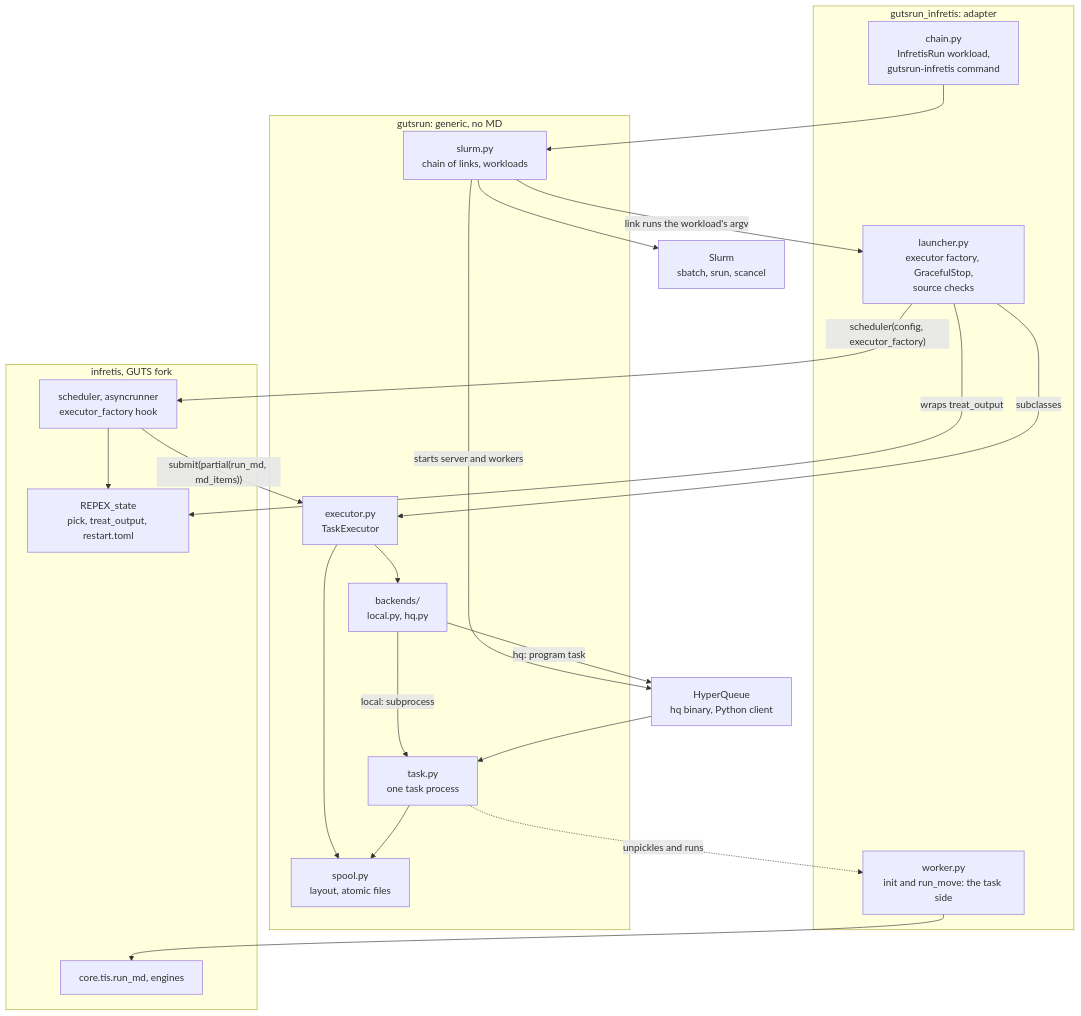
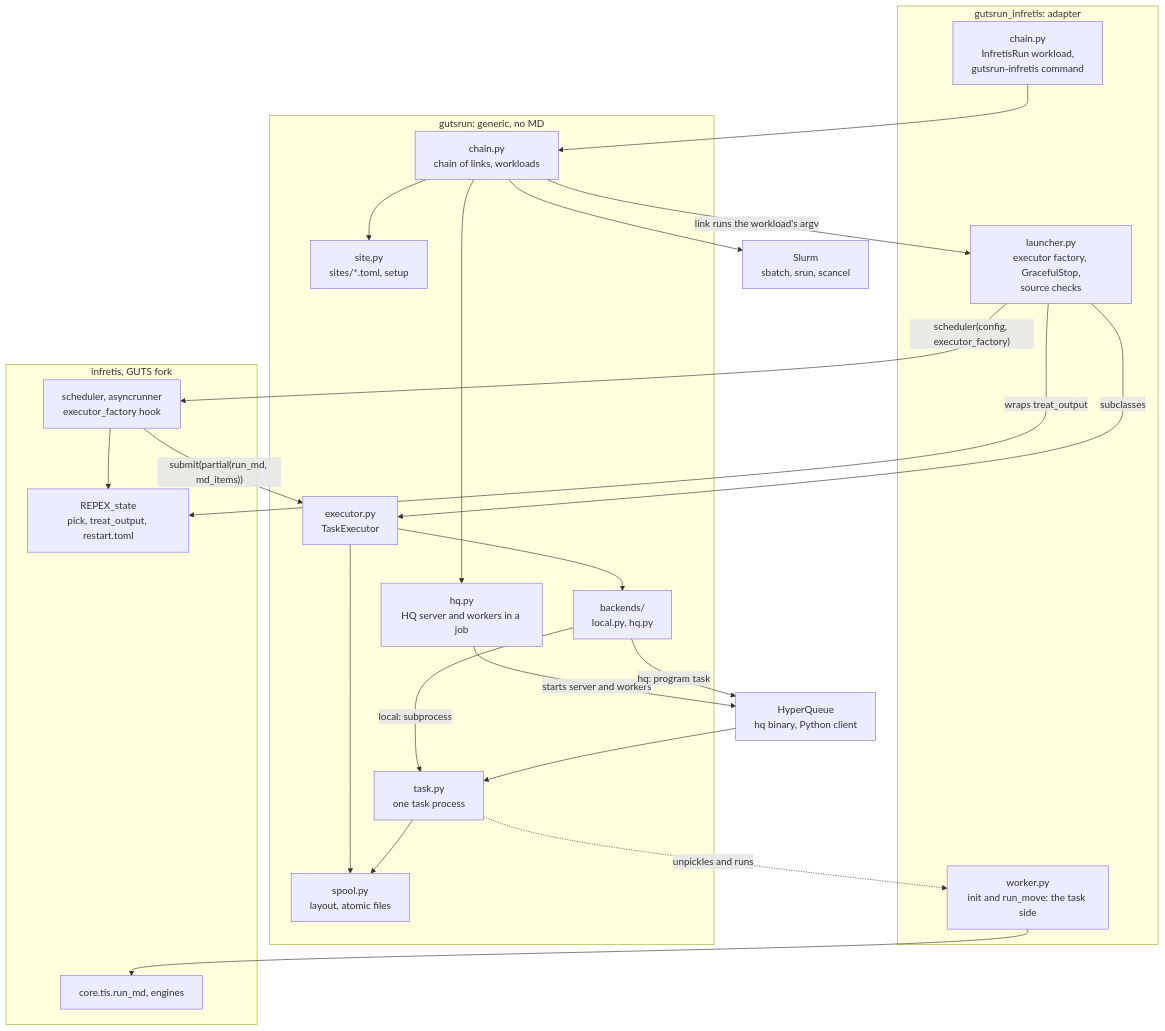
The second of 3 diagrams in DEVELOPMENT.md (GUTSframework/infretis_hyperqueue), drawn with Mermaid before and after one commit. The commit also changed other lines of this file and 9 other files, not shown here.

First line of the commit message:
Split gutsrun.slurm into chain, hq and site

````diff
--- a/DEVELOPMENT.md
+++ b/DEVELOPMENT.md
@@ -78,40 +78,44 @@
 ```mermaid
 flowchart TB
     subgraph adapter["gutsrun_infretis: adapter"]
         ichain["chain.py<br/>InfretisRun workload,<br/>gutsrun-infretis command"]
         launcher["launcher.py<br/>executor factory, GracefulStop,<br/>source checks"]
         worker["worker.py<br/>init and run_move: the task side"]
     end
     subgraph generic["gutsrun: generic, no MD"]
-        slurm["slurm.py<br/>chain of links, workloads"]
+        gchain["chain.py<br/>chain of links, workloads"]
+        ghq["hq.py<br/>HQ server and workers in a job"]
+        gsite["site.py<br/>sites/*.toml, setup"]
         executor["executor.py<br/>TaskExecutor"]
         spool["spool.py<br/>layout, atomic files"]
         task["task.py<br/>one task process"]
         backends["backends/<br/>local.py, hq.py"]
     end
     subgraph infretis["infretis, GUTS fork"]
         sched["scheduler, asyncrunner<br/>executor_factory hook"]
         repex["REPEX_state<br/>pick, treat_output, restart.toml"]
         engines["core.tis.run_md, engines"]
     end
     hq["HyperQueue<br/>hq binary, Python client"]
     sl["Slurm<br/>sbatch, srun, scancel"]
 
-    ichain --> slurm
-    slurm --> sl
-    slurm -- "starts server and workers" --> hq
-    slurm -- "link runs the workload's argv" --> launcher
+    ichain --> gchain
+    gchain --> gsite
+    gchain --> ghq
+    gchain --> sl
+    ghq -- "starts server and workers" --> hq
+    gchain -- "link runs the workload's argv" --> launcher
     launcher -- "scheduler(config, executor_factory)" --> sched
     launcher -- "wraps treat_output" --> repex
     launcher -- "subclasses" --> executor
     sched --> repex
     sched -- "submit(partial(run_md, md_items))" --> executor
     executor --> spool
     executor --> backends
     backends -- "local: subprocess" --> task
     backends -- "hq: program task" --> hq
     hq --> task
     task --> spool
     task -. "unpickles and runs" .-> worker
     worker --> engines
 ```
````
